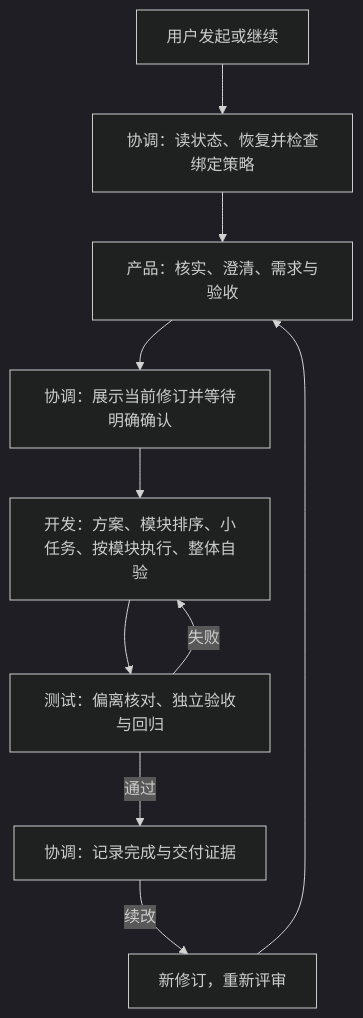
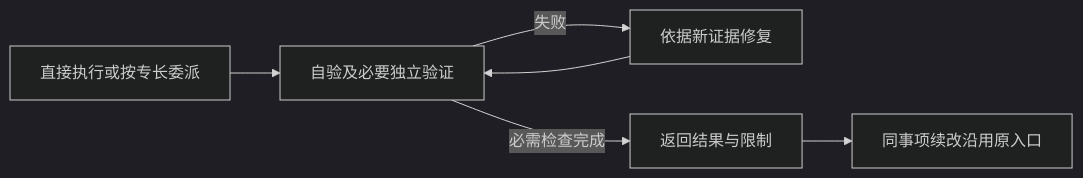
One commit to vvgool/multi-agent-requirement-workflow changed the second of 2 diagrams in docs/planning/agent-responsibilities-and-workflows.md. Above: the diagram before and after it, drawn with Mermaid (dark theme). The commit also changed other lines of this file and 56 other files, not shown here.

````diff
--- a/docs/planning/agent-responsibilities-and-workflows.md
+++ b/docs/planning/agent-responsibilities-and-workflows.md
@@ -18,12 +32,8 @@
 ```mermaid
-flowchart TD
-    U[用户发起或继续] --> C[协调：读状态、恢复并检查绑定策略]
-    C --> P[产品：核实、澄清、需求与验收]
-    P --> R[协调：展示当前修订并等待明确确认]
-    R --> D[开发：方案、模块排序、小任务、按模块执行、整体自验]
-    D --> T[测试：偏离核对、独立验收与回归]
-    T -->|失败| D
-    T -->|通过| F[协调：记录完成与交付证据]
-    F -->|续改| N[新修订，重新评审]
-    N --> P
+flowchart LR
+    D[直接执行或按专长委派] --> V[自验及必要独立验证]
+    V -->|失败| B[依据新证据修复]
+    B --> V
+    V -->|必需检查完成| F[返回结果与限制]
+    F --> N[同事项续改沿用原入口]
 ```
````
